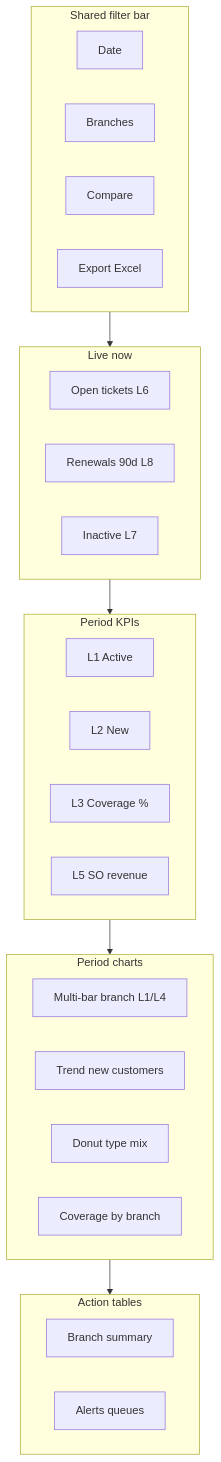
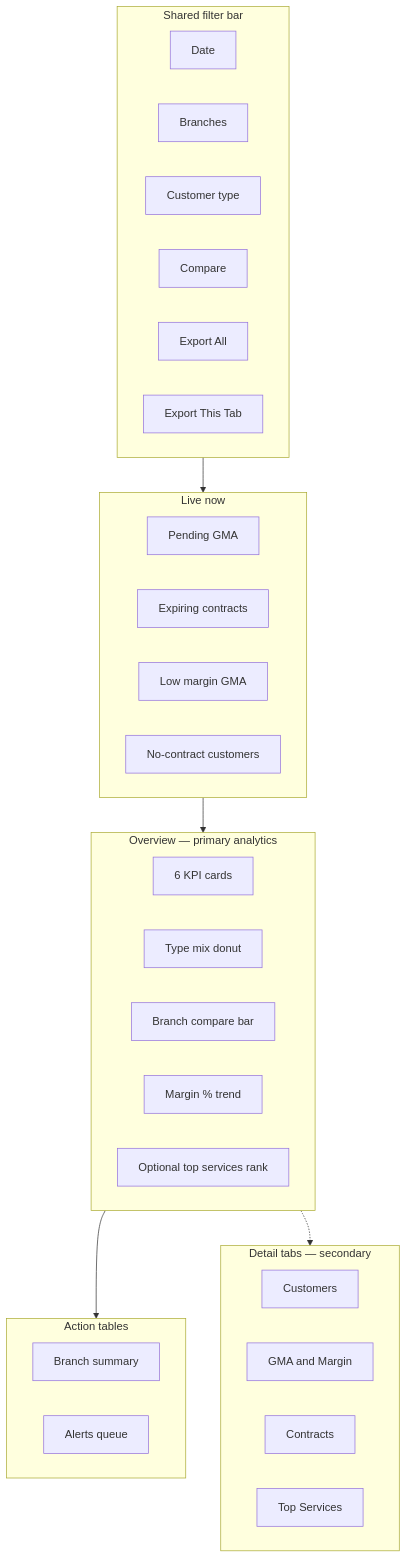
Before and after one commit to Aurifex-Innovations/ERP_docs: the fourth of 6 diagrams in Dashboard_final_v0/customer-management-dashboard.md, drawn with Mermaid. The commit also changed other lines of this file, not shown here.

````diff
--- a/Dashboard_final_v0/customer-management-dashboard.md
+++ b/Dashboard_final_v0/customer-management-dashboard.md
@@ -160,31 +236,36 @@
 ```mermaid
 flowchart TB
   subgraph filters["Shared filter bar"]
     F1["Date"]
     F2["Branches"]
-    F3["Compare"]
-    F4["Export Excel"]
+    F3["Customer type"]
+    F4["Compare"]
+    F5["Export All"]
+    F6["Export This Tab"]
   end
   subgraph live["Live now"]
-    L1["Open tickets L6"]
-    L2["Renewals 90d L8"]
-    L3["Inactive L7"]
+    A1["Pending GMA"]
+    A2["Expiring contracts"]
+    A3["Low margin GMA"]
+    A4["No-contract customers"]
   end
-  subgraph kpis["Period KPIs"]
-    K1["L1 Active"]
-    K2["L2 New"]
-    K3["L3 Coverage %"]
-    K4["L5 SO revenue"]
+  subgraph overview["Overview — primary analytics"]
+    K["6 KPI cards"]
+    C1["Type mix donut"]
+    C2["Branch compare bar"]
+    C3["Margin % trend"]
+    C4["Optional top services rank"]
   end
-  subgraph charts["Period charts"]
-    G1["Multi-bar branch L1/L4"]
-    G2["Trend new customers"]
-    G3["Donut type mix"]
-    G4["Coverage by branch"]
+  subgraph actions["Action tables"]
+    T1["Branch summary"]
+    T2["Alerts queue"]
   end
-  subgraph tables["Action tables"]
-    T1["Branch summary"]
-    T2["Alerts queues"]
+  subgraph detail["Detail tabs — secondary"]
+    D1["Customers"]
+    D2["GMA and Margin"]
+    D3["Contracts"]
+    D4["Top Services"]
   end
-  filters --> live --> kpis --> charts --> tables
+  filters --> live --> overview --> actions
+  overview -.-> detail
 ```
````
